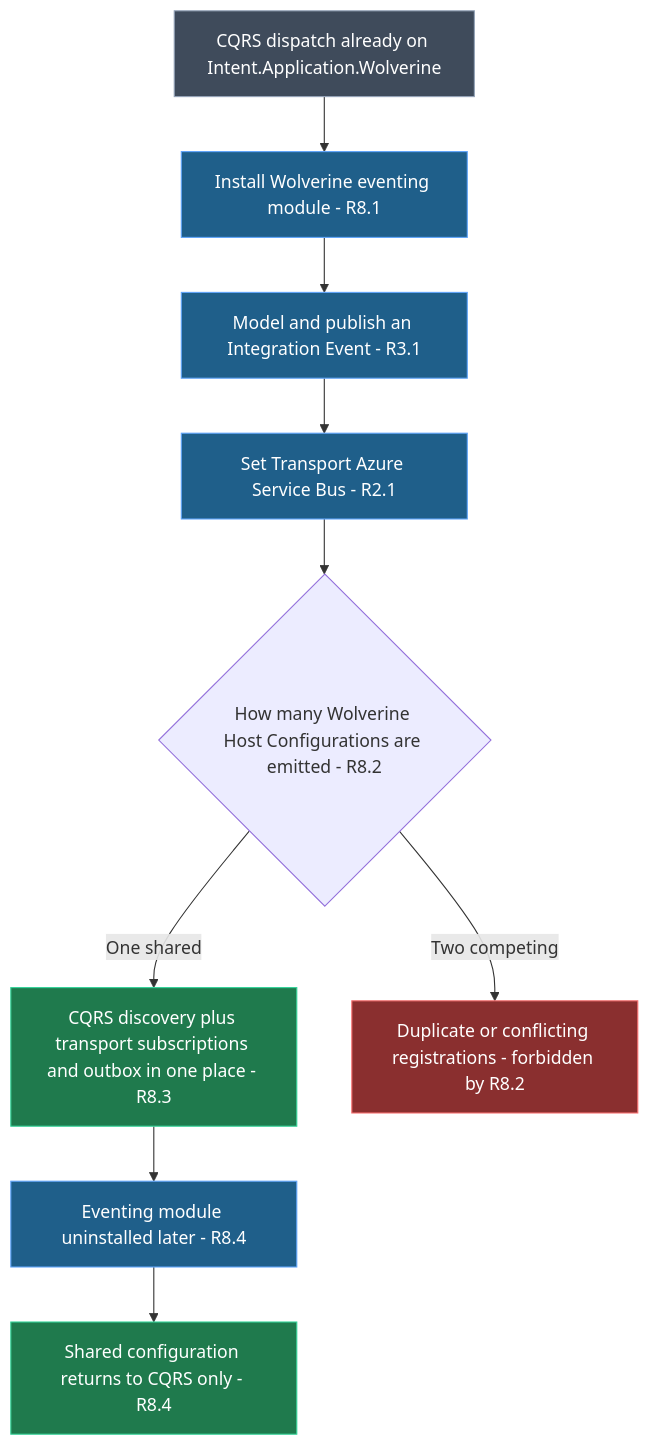
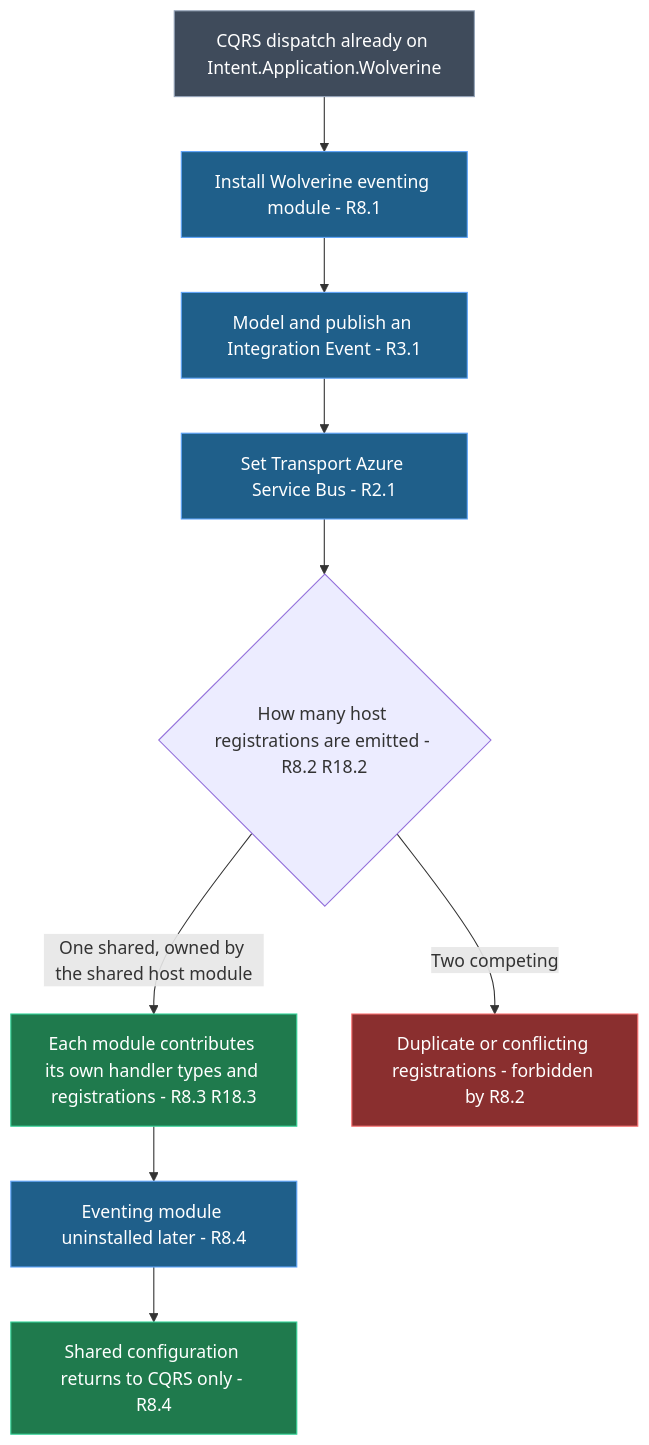
Before and after one commit to IntentArchitect/Intent.Modules.NET: the fourth of 6 diagrams in intent/.specs/wolverine-eventing-module/requirements.mdx, drawn with Mermaid. The commit also changed other lines of this file and 6 other files, not shown here.

First line of the commit message:
Revert Wolverine eventing module implementation artefacts and advance module phase back to requirements; update timestamps and approvals

````diff
--- a/intent/.specs/wolverine-eventing-module/requirements.mdx
+++ b/intent/.specs/wolverine-eventing-module/requirements.mdx
@@ -108,15 +127,15 @@
 ```mermaid
 flowchart TD
   classDef existing fill:#3f4b5b,stroke:#94a3b8,color:#ffffff
   classDef action fill:#1f5f8a,stroke:#60a5fa,color:#ffffff
   classDef win fill:#1f7a4d,stroke:#34d399,color:#ffffff
   classDef bad fill:#8a2f2f,stroke:#f87171,color:#ffffff
   A[CQRS dispatch already on Intent.Application.Wolverine]:::existing --> B[Install Wolverine eventing module - R8.1]:::action
   B --> C[Model and publish an Integration Event - R3.1]:::action
   C --> D[Set Transport Azure Service Bus - R2.1]:::action
-  D --> E{How many Wolverine Host Configurations are emitted - R8.2}
-  E -->|One shared| F[CQRS discovery plus transport subscriptions and outbox in one place - R8.3]:::win
+  D --> E{How many host registrations are emitted - R8.2 R18.2}
+  E -->|One shared, owned by the shared host module| F[Each module contributes its own handler types and registrations - R8.3 R18.3]:::win
   E -->|Two competing| G[Duplicate or conflicting registrations - forbidden by R8.2]:::bad
   F --> H[Eventing module uninstalled later - R8.4]:::action
   H --> I[Shared configuration returns to CQRS only - R8.4]:::win
 ```
````
